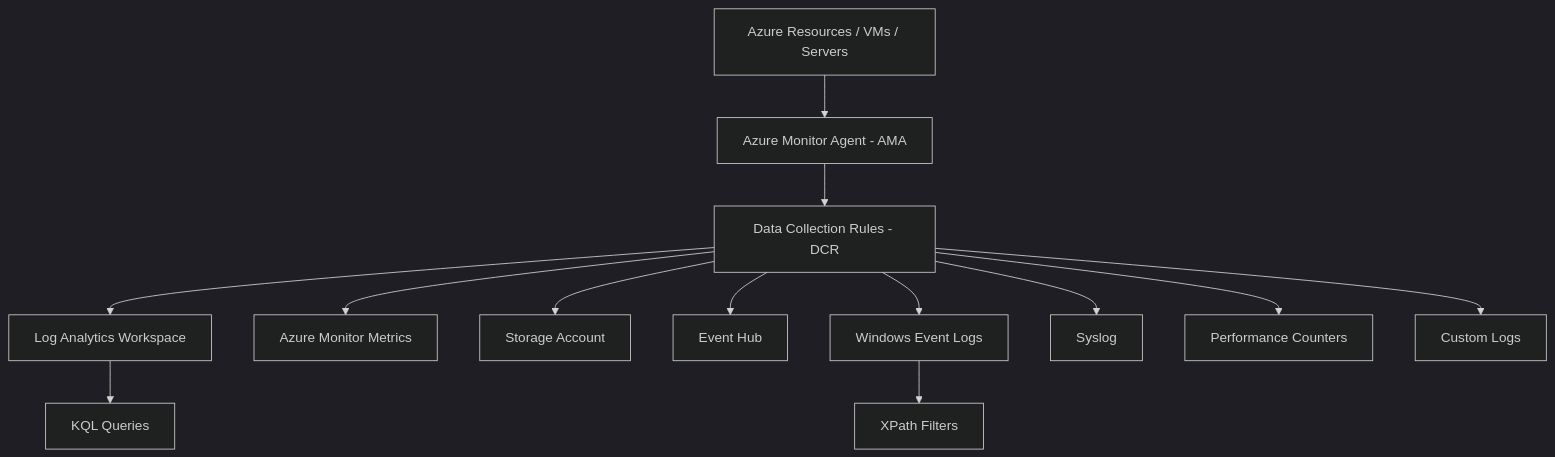
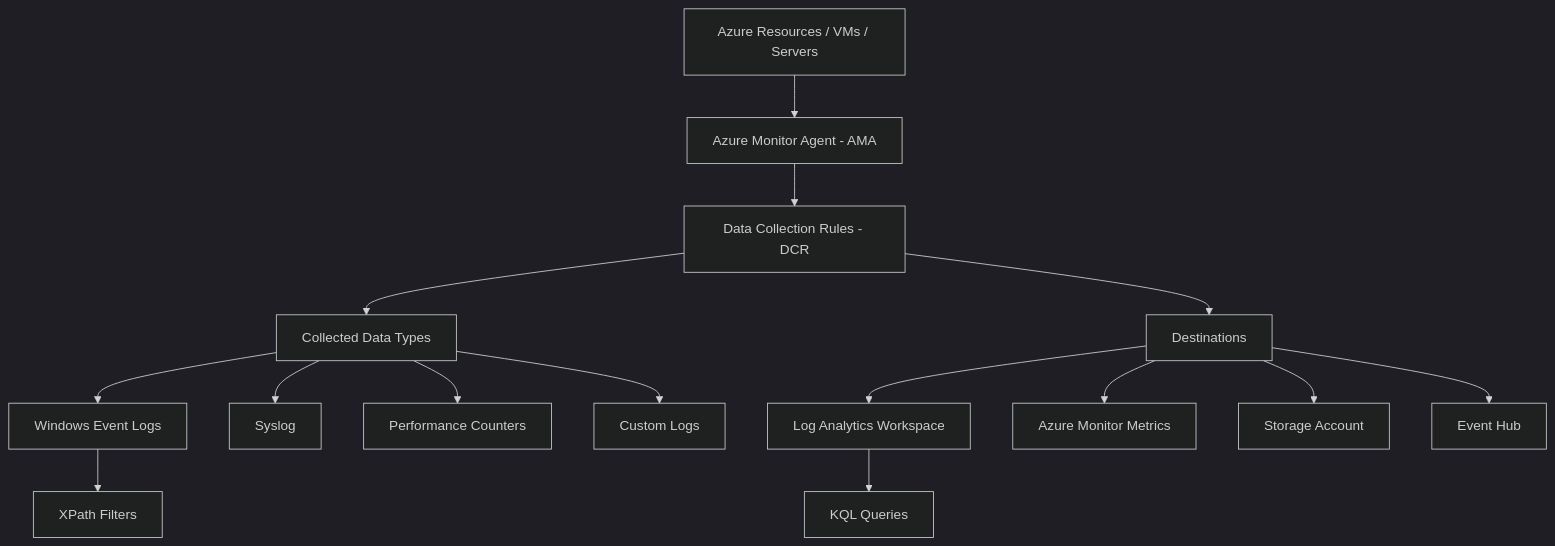
Before and after one commit to magnum31415/wiki: the diagram in azure-monitor-data-collection-az104.md, drawn with Mermaid (dark theme).

````diff
--- a/azure-monitor-data-collection-az104.md
+++ b/azure-monitor-data-collection-az104.md
@@ -42,23 +42,28 @@
 ```mermaid
 graph TD
 
     A[Azure Resources / VMs / Servers]
-
-    A --> B[Azure Monitor Agent - AMA]
+        --> B[Azure Monitor Agent - AMA]
 
     B --> C[Data Collection Rules - DCR]
 
-    C --> D1[Log Analytics Workspace]
-    C --> D2[Azure Monitor Metrics]
-    C --> D3[Storage Account]
-    C --> D4[Event Hub]
+    %% DATA TYPES
+    C --> D[Collected Data Types]
 
-    C --> E1[Windows Event Logs]
-    C --> E2[Syslog]
-    C --> E3[Performance Counters]
-    C --> E4[Custom Logs]
+    D --> D1[Windows Event Logs]
+    D --> D2[Syslog]
+    D --> D3[Performance Counters]
+    D --> D4[Custom Logs]
 
-    E1 --> F[XPath Filters]
+    D1 --> X[XPath Filters]
 
-    D1 --> G[KQL Queries]
+    %% DESTINATIONS
+    C --> E[Destinations]
+
+    E --> E1[Log Analytics Workspace]
+    E --> E2[Azure Monitor Metrics]
+    E --> E3[Storage Account]
+    E --> E4[Event Hub]
+
+    E1 --> K[KQL Queries]
 ```
````
